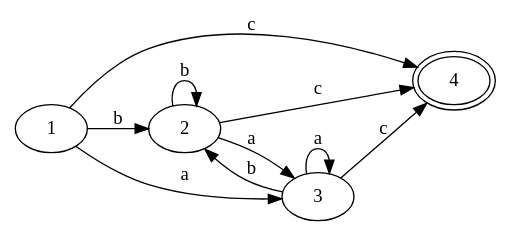
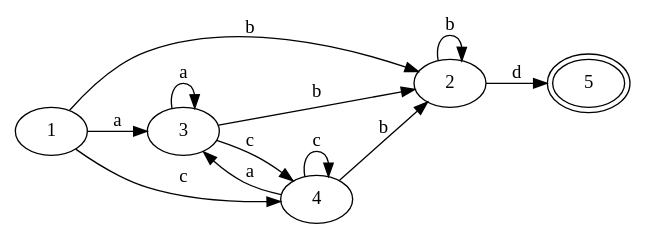
The second of 3 diagrams in lua_demo/README.md (JuanZoran/Principle-of-compilation-from-scratch), drawn with Graphviz before and after one commit. The commit also changed other lines of this file and 4 other files, not shown here.

````diff
--- a/lua_demo/README.md
+++ b/lua_demo/README.md
@@ -181,15 +42,17 @@
 ```dot
 digraph {
 rankdir = LR
-4 [peripheries=2]
+5 [peripheries=2]
 1 -> 2 [label="b"]
 1 -> 3 [label="a"]
 1 -> 4 [label="c"]
 2 -> 2 [label="b"]
-2 -> 3 [label="a"]
-2 -> 4 [label="c"]
+2 -> 5 [label="d"]
 3 -> 2 [label="b"]
 3 -> 3 [label="a"]
 3 -> 4 [label="c"]
+4 -> 2 [label="b"]
+4 -> 3 [label="a"]
+4 -> 4 [label="c"]
 }
 ```
````
